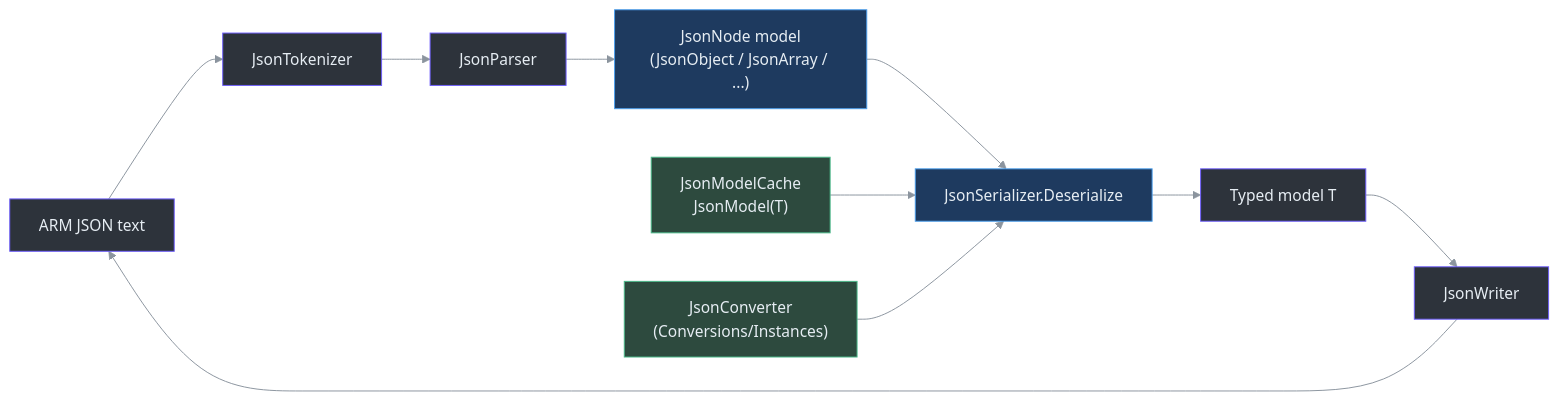
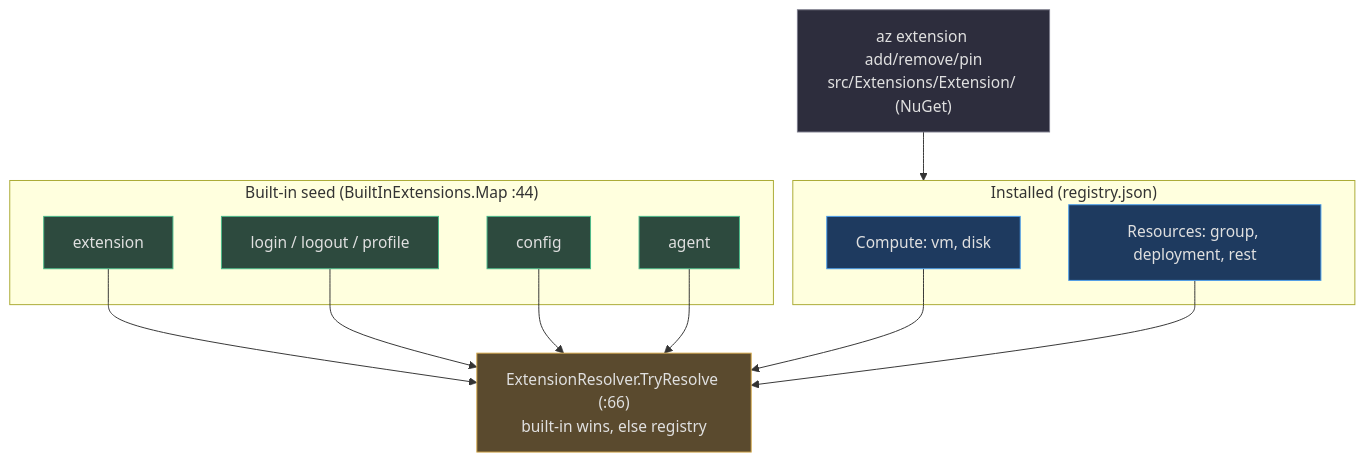
Before and after one commit to Azure/azclips: the second of 2 diagrams in wiki/02-deep-dive/extension-system.md, drawn with Mermaid. The commit also changed other lines of this file and 34 other files, not shown here.

First line of the commit message:
docs(wiki): refresh generated architecture documentation

````diff
--- a/wiki/02-deep-dive/extension-system.md
+++ b/wiki/02-deep-dive/extension-system.md
@@ -276,23 +85,32 @@
 ```mermaid
-graph LR
-    TXT["ARM JSON text"] --> TOK["JsonTokenizer"]
-    TOK --> PAR["JsonParser"]
-    PAR --> NODE["JsonNode model<br>(JsonObject / JsonArray / ...)"]
-    NODE --> SER["JsonSerializer.Deserialize<T>"]
-    MODEL["JsonModelCache<br>JsonModel(T)"] --> SER
-    CONV["JsonConverter<T><br>(Conversions/Instances)"] --> SER
-    SER --> OBJ["Typed model T"]
-    OBJ --> WR["JsonWriter"]
-    WR --> TXT
+graph TB
+    subgraph builtin["Built-in seed (BuiltInExtensions.Map :44)"]
+        EX["extension"]
+        LG["login / logout / profile"]
+        CF["config"]
+        AG["agent"]
+    end
+    subgraph installed["Installed (registry.json)"]
+        VM["Compute: vm, disk"]
+        RS["Resources: group, deployment, rest"]
+    end
+    RESOLVE["ExtensionResolver.TryResolve (:66)<br>built-in wins, else registry"]
+    INSTALL["az extension add/remove/pin<br>src/Extensions/Extension/ (NuGet)"]
 
-    style TXT fill:#2d333b,stroke:#6d5dfc,color:#e6edf3
-    style TOK fill:#2d333b,stroke:#6d5dfc,color:#e6edf3
-    style PAR fill:#2d333b,stroke:#6d5dfc,color:#e6edf3
-    style NODE fill:#1e3a5f,stroke:#4a9eed,color:#e6edf3
-    style SER fill:#1e3a5f,stroke:#4a9eed,color:#e6edf3
-    style MODEL fill:#2d4a3e,stroke:#4aba8a,color:#e6edf3
-    style CONV fill:#2d4a3e,stroke:#4aba8a,color:#e6edf3
-    style OBJ fill:#2d333b,stroke:#6d5dfc,color:#e6edf3
-    style WR fill:#2d333b,stroke:#6d5dfc,color:#e6edf3
-    linkStyle default stroke:#8b949e
+    EX --> RESOLVE
+    LG --> RESOLVE
+    CF --> RESOLVE
+    AG --> RESOLVE
+    VM --> RESOLVE
+    RS --> RESOLVE
+    INSTALL --> installed
+
+    style EX fill:#2d4a3e,stroke:#4aba8a,color:#e0e0e0
+    style LG fill:#2d4a3e,stroke:#4aba8a,color:#e0e0e0
+    style CF fill:#2d4a3e,stroke:#4aba8a,color:#e0e0e0
+    style AG fill:#2d4a3e,stroke:#4aba8a,color:#e0e0e0
+    style VM fill:#1e3a5f,stroke:#4a9eed,color:#e0e0e0
+    style RS fill:#1e3a5f,stroke:#4a9eed,color:#e0e0e0
+    style RESOLVE fill:#5a4a2e,stroke:#d4a84b,color:#e0e0e0
+    style INSTALL fill:#2d2d3d,stroke:#7a7a8a,color:#e0e0e0
 ```
````
